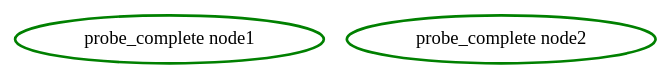
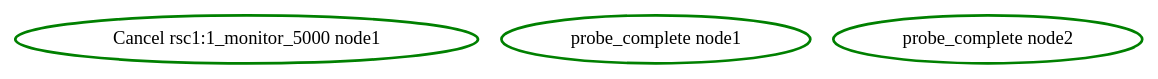
Before and after one commit to ClusterLabs/pacemaker: the diagram in pengine/test10/ticket-master-12.dot, drawn with Graphviz. The commit also changed 73 other files, not shown here.

Commit message:
Test: pengine: Cancel monitor operations for unmanaged resources

```diff
--- a/pengine/test10/ticket-master-12.dot
+++ b/pengine/test10/ticket-master-12.dot
@@ -1,4 +1,5 @@
 digraph "g" {
+"Cancel rsc1:1_monitor_5000 node1" [ style=bold color="green" fontcolor="black"]
 "probe_complete node1" [ style=bold color="green" fontcolor="black" ]
 "probe_complete node2" [ style=bold color="green" fontcolor="black" ]
 }
```
